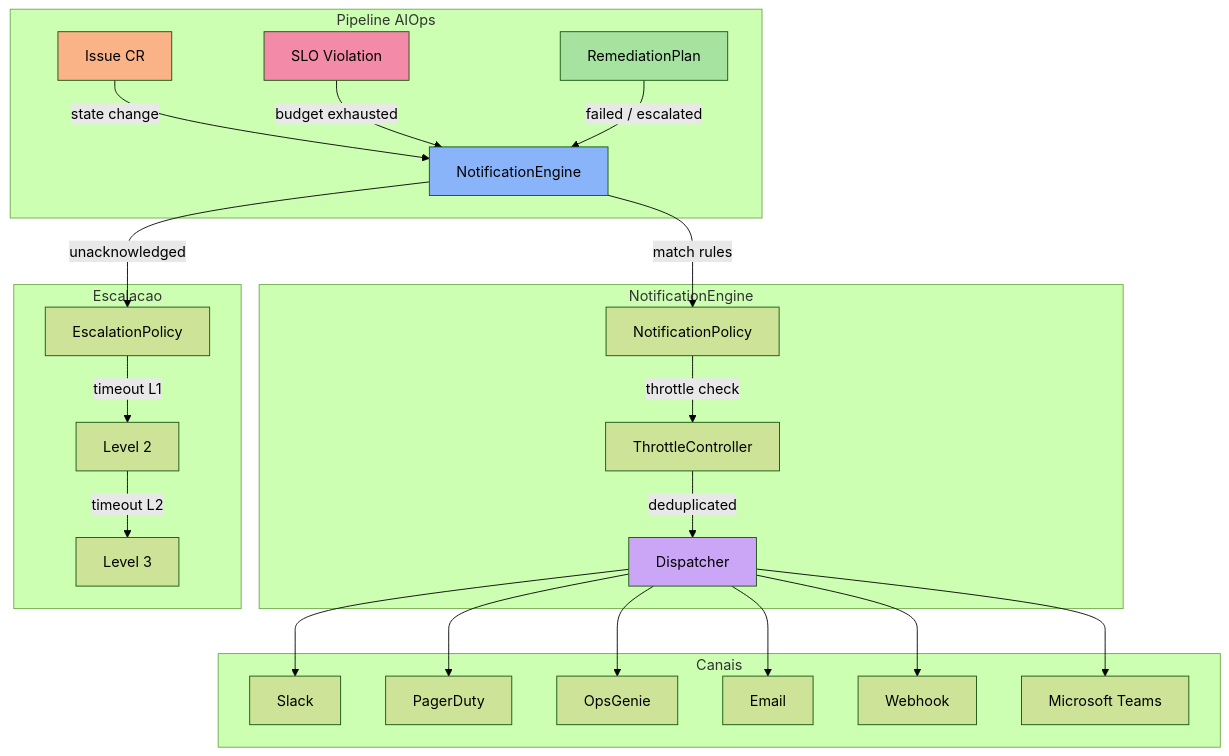
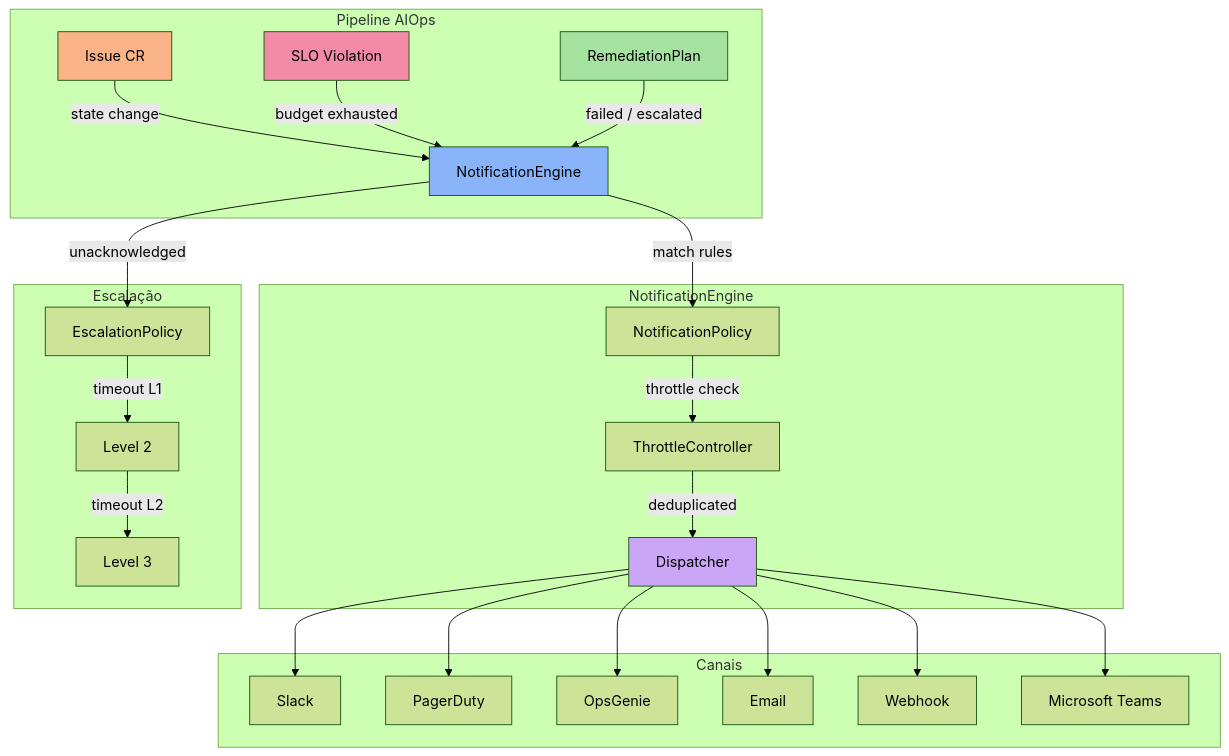
The first of 2 diagrams in features/aiops/notifications.mdx (diillson/chatcli.ai), drawn with Mermaid (forest theme) before and after one commit. The commit also changed other lines of this file and 97 other files, not shown here.

````diff
--- a/features/aiops/notifications.mdx
+++ b/features/aiops/notifications.mdx
@@ -14,35 +14,35 @@
 ```mermaid
 graph TD
     subgraph "Pipeline AIOps"
         ISS[Issue CR] -->|state change| NE[NotificationEngine]
         SLO[SLO Violation] -->|budget exhausted| NE
         RP[RemediationPlan] -->|failed / escalated| NE
     end
 
     subgraph "NotificationEngine"
         NE -->|match rules| NP[NotificationPolicy]
         NP -->|throttle check| TC[ThrottleController]
         TC -->|deduplicated| DISPATCH[Dispatcher]
     end
 
     subgraph "Canais"
         DISPATCH --> SLACK[Slack]
         DISPATCH --> PD[PagerDuty]
         DISPATCH --> OG[OpsGenie]
         DISPATCH --> EMAIL[Email]
         DISPATCH --> WH[Webhook]
         DISPATCH --> TEAMS[Microsoft Teams]
     end
 
-    subgraph "Escalacao"
+    subgraph "Escalação"
         NE -->|unacknowledged| EP[EscalationPolicy]
         EP -->|timeout L1| L2[Level 2]
         L2 -->|timeout L2| L3[Level 3]
     end
 
     style ISS fill:#fab387,color:#000
     style SLO fill:#f38ba8,color:#000
     style RP fill:#a6e3a1,color:#000
     style NE fill:#89b4fa,color:#000
     style DISPATCH fill:#cba6f7,color:#000
 ```
````
